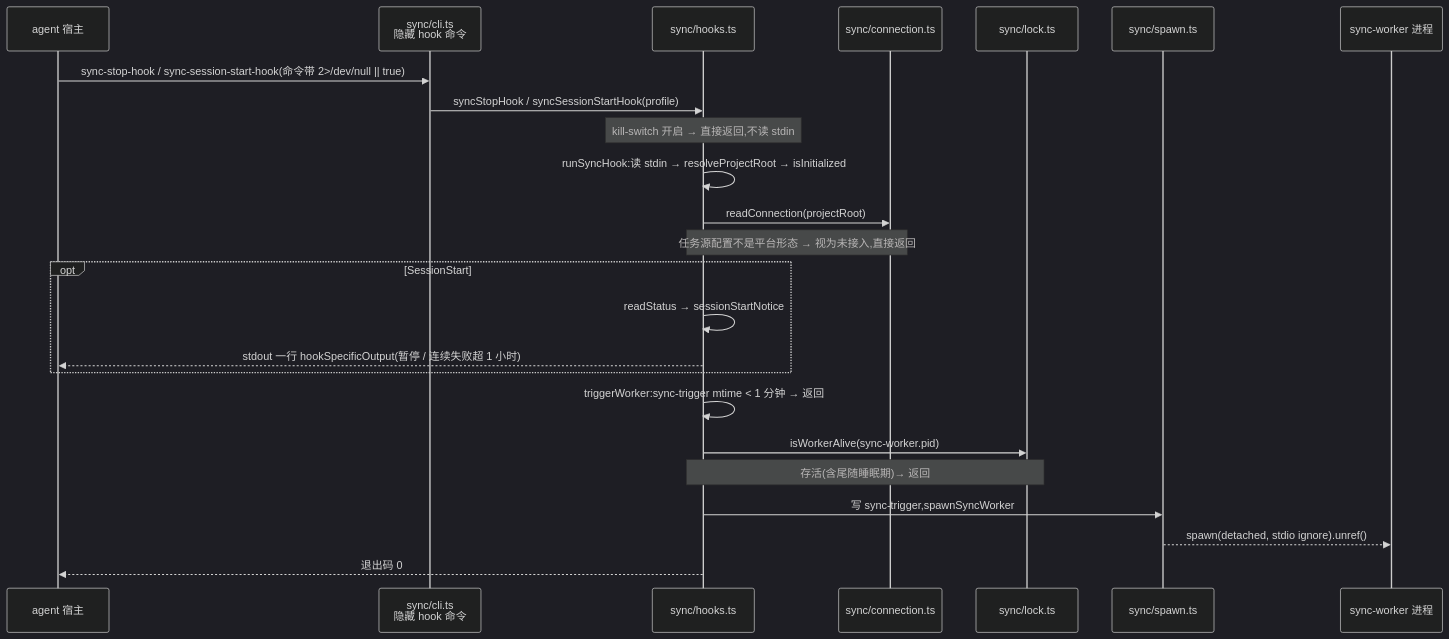
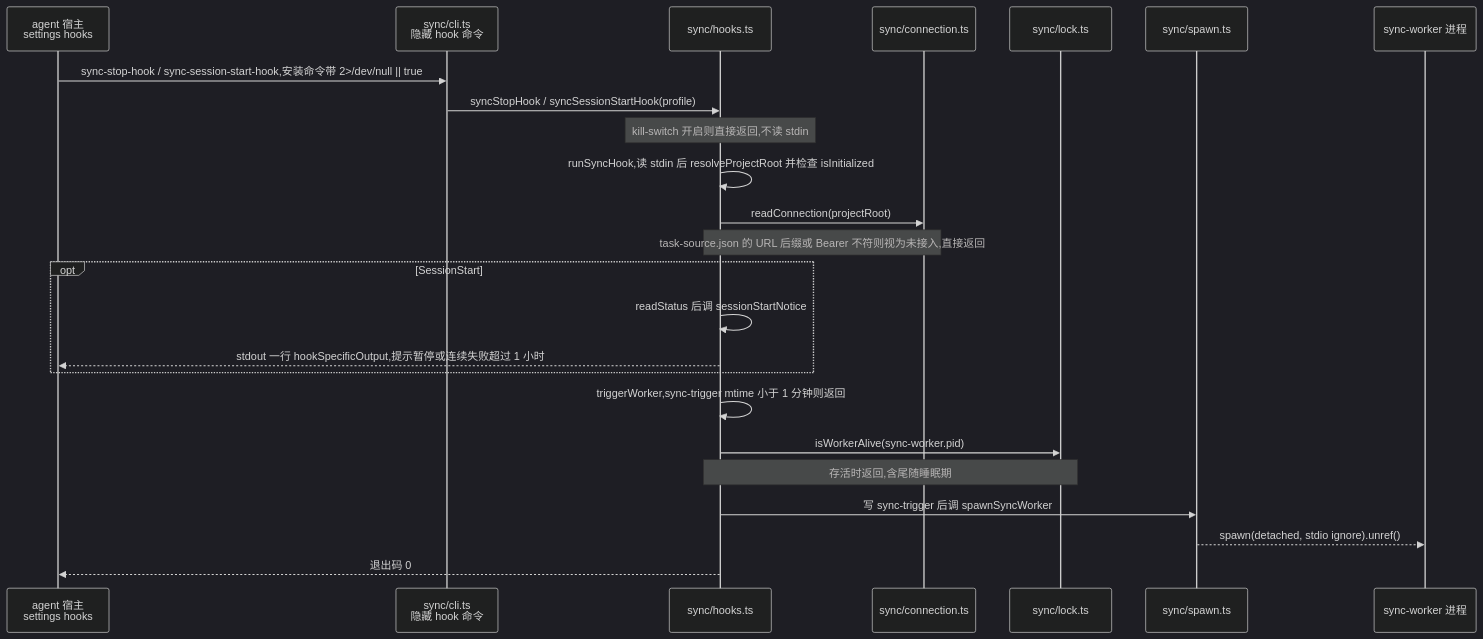
One commit to smdnkB/cgraphx changed the first of 5 diagrams in docs/code-map/flows/平台上报.md. Above: the diagram before and after it, drawn with Mermaid (dark theme). The commit also changed other lines of this file and 8 other files, not shown here.

First line of the commit message:
docs: 更新任务知识库与代码地图——任务自动关联落地后的现状

````diff
--- a/docs/code-map/flows/平台上报.md
+++ b/docs/code-map/flows/平台上报.md
@@ -58,27 +60,27 @@
 ```mermaid
 sequenceDiagram
-  participant AG as agent 宿主
+  participant AG as agent 宿主<br/>settings hooks
   participant CLI as sync/cli.ts<br/>隐藏 hook 命令
   participant H as sync/hooks.ts
   participant CN as sync/connection.ts
   participant LK as sync/lock.ts
   participant SP as sync/spawn.ts
   participant W as sync-worker 进程
 
-  AG->>CLI: sync-stop-hook / sync-session-start-hook(命令带 2>/dev/null || true)
+  AG->>CLI: sync-stop-hook / sync-session-start-hook,安装命令带 2>/dev/null || true
   CLI->>H: syncStopHook / syncSessionStartHook(profile)
-  Note over H: kill-switch 开启 → 直接返回,不读 stdin
-  H->>H: runSyncHook:读 stdin → resolveProjectRoot → isInitialized
+  Note over H: kill-switch 开启则直接返回,不读 stdin
+  H->>H: runSyncHook,读 stdin 后 resolveProjectRoot 并检查 isInitialized
   H->>CN: readConnection(projectRoot)
-  Note over H,CN: 任务源配置不是平台形态 → 视为未接入,直接返回
+  Note over H,CN: task-source.json 的 URL 后缀或 Bearer 不符则视为未接入,直接返回
   opt SessionStart
-    H->>H: readStatus → sessionStartNotice
-    H-->>AG: stdout 一行 hookSpecificOutput(暂停 / 连续失败超 1 小时)
+    H->>H: readStatus 后调 sessionStartNotice
+    H-->>AG: stdout 一行 hookSpecificOutput,提示暂停或连续失败超过 1 小时
   end
-  H->>H: triggerWorker:sync-trigger mtime < 1 分钟 → 返回
+  H->>H: triggerWorker,sync-trigger mtime 小于 1 分钟则返回
   H->>LK: isWorkerAlive(sync-worker.pid)
-  Note over H,LK: 存活(含尾随睡眠期)→ 返回
-  H->>SP: 写 sync-trigger,spawnSyncWorker
+  Note over H,LK: 存活时返回,含尾随睡眠期
+  H->>SP: 写 sync-trigger 后调 spawnSyncWorker
   SP-->>W: spawn(detached, stdio ignore).unref()
   H-->>AG: 退出码 0
 ```
````
